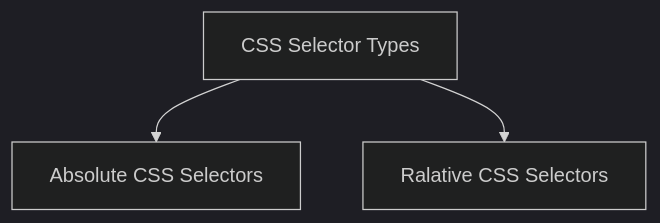
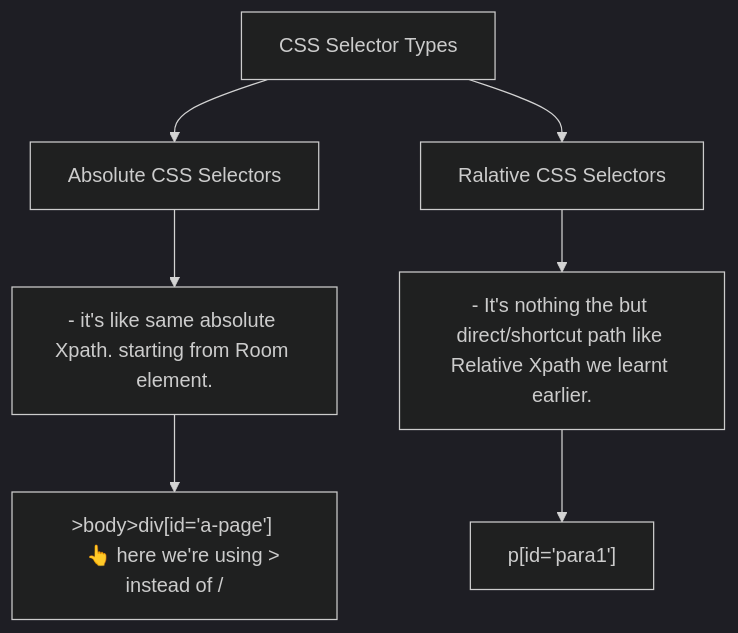
Before and after one commit to tanmay-ninawe/full-stack-qa-framework: the diagram in docs/Session 6 - CSS Selectors in Detailed.md, drawn with Mermaid (dark theme). The commit also changed other lines of this file, not shown here.

````diff
--- a/docs/Session 6 - CSS Selectors in Detailed.md
+++ b/docs/Session 6 - CSS Selectors in Detailed.md
@@ -14,5 +14,6 @@
 ```mermaid
 flowchart TD
-    ReadMe[CSS Selector Types] --> Guides[Absolute CSS Selectors]
-    ReadMe --> APIRef[Ralative CSS Selectors]
+    Main[CSS Selector Types] --> Type1[Absolute CSS Selectors] --> info1[- it's like same absolute Xpath. starting from Room element.] --> syntax["`>body>div[id='a-page'] 
+    👆 here we're using > instead of /`"]
+    Main --> Type2[Ralative CSS Selectors] --> info2[- It's nothing the but direct/shortcut path like Relative Xpath we learnt earlier.] --> syntax1["`p[id='para1']`"]
 ```
````
